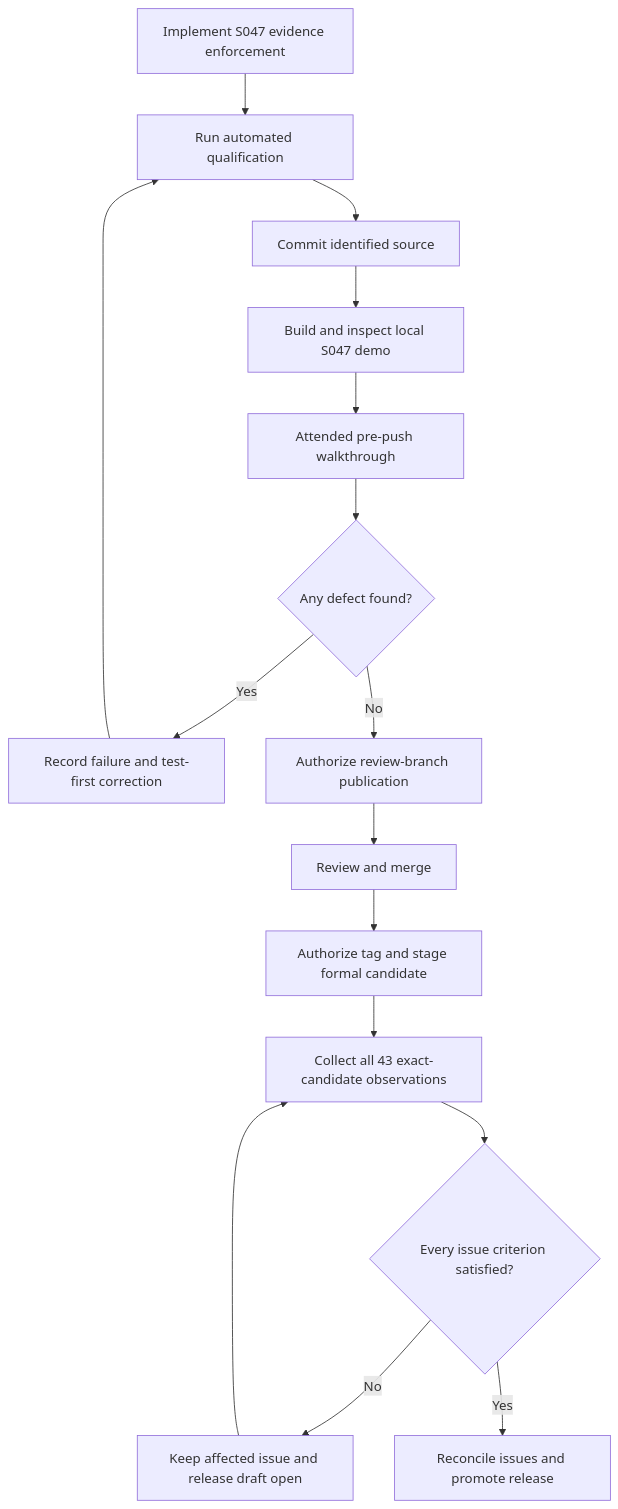
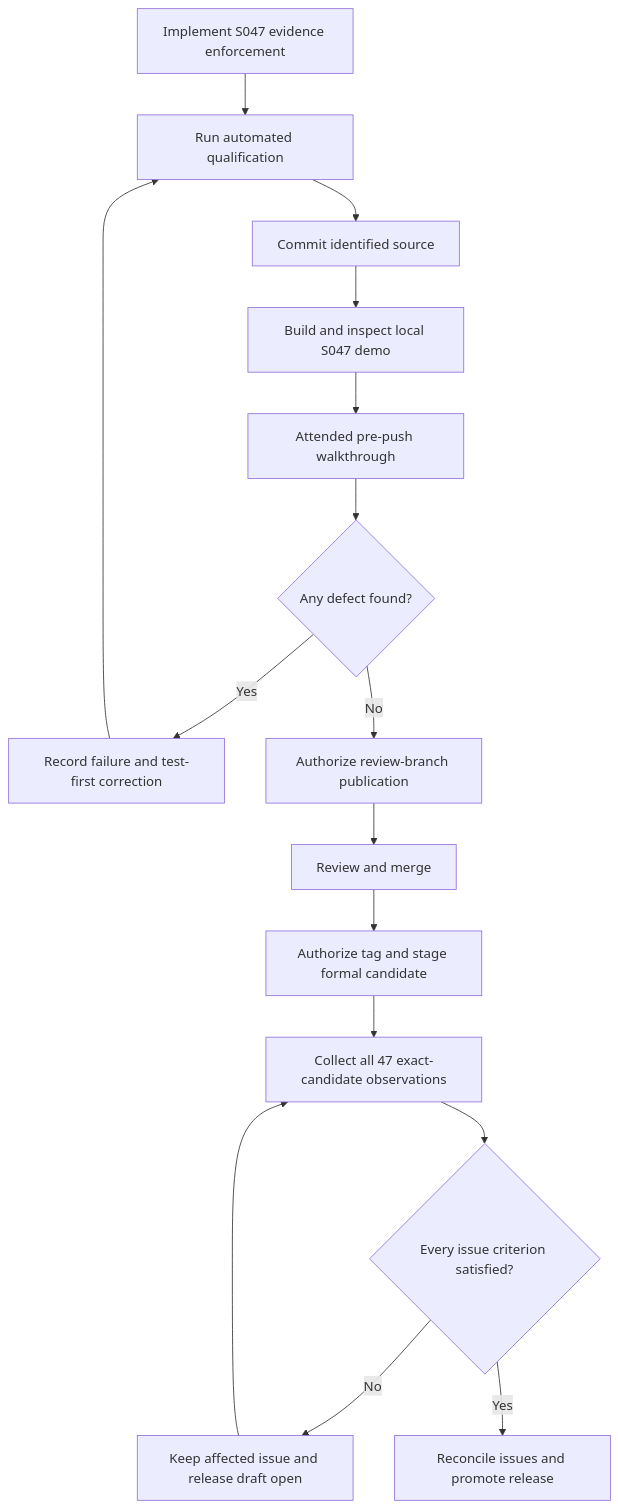
Before and after one commit to shruggietech/go-schedule: the diagram in specs/047-windows-release-qualification/data-model.md, drawn with Mermaid. The commit also changed other lines of this file and 15 other files, not shown here.

````diff
--- a/specs/047-windows-release-qualification/data-model.md
+++ b/specs/047-windows-release-qualification/data-model.md
@@ -145,18 +158,18 @@
 ```mermaid
 flowchart TB
     A[Implement S047 evidence enforcement] --> B[Run automated qualification]
     B --> C[Commit identified source]
     C --> D[Build and inspect local S047 demo]
     D --> E[Attended pre-push walkthrough]
     E --> F{Any defect found?}
     F -->|Yes| G[Record failure and test-first correction]
     G --> B
     F -->|No| H[Authorize review-branch publication]
     H --> I[Review and merge]
     I --> J[Authorize tag and stage formal candidate]
-    J --> K[Collect all 43 exact-candidate observations]
+    J --> K[Collect all 47 exact-candidate observations]
     K --> L{Every issue criterion satisfied?}
     L -->|No| M[Keep affected issue and release draft open]
     M --> K
     L -->|Yes| N[Reconcile issues and promote release]
 ```
````
